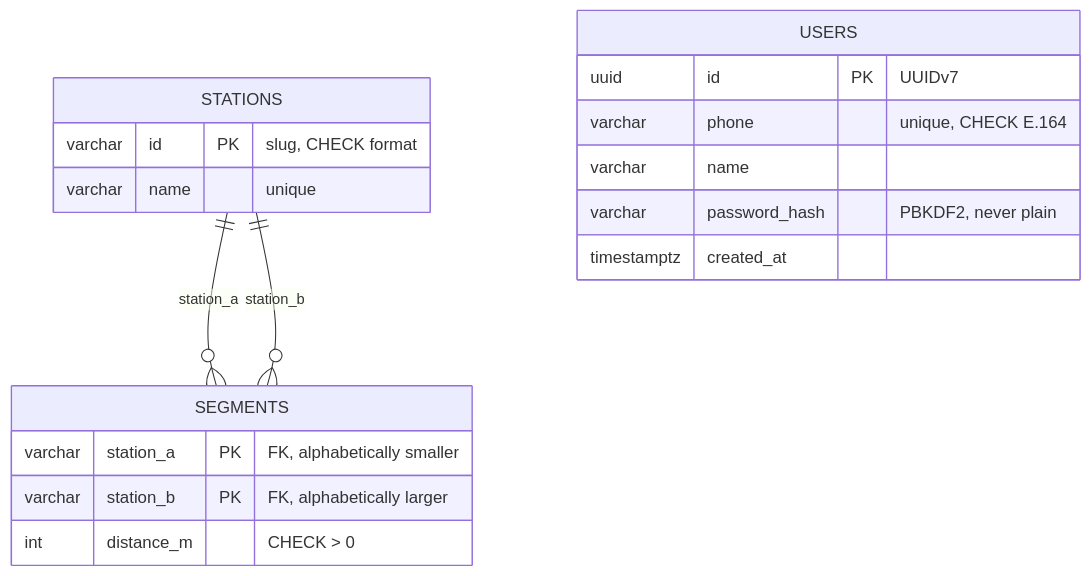
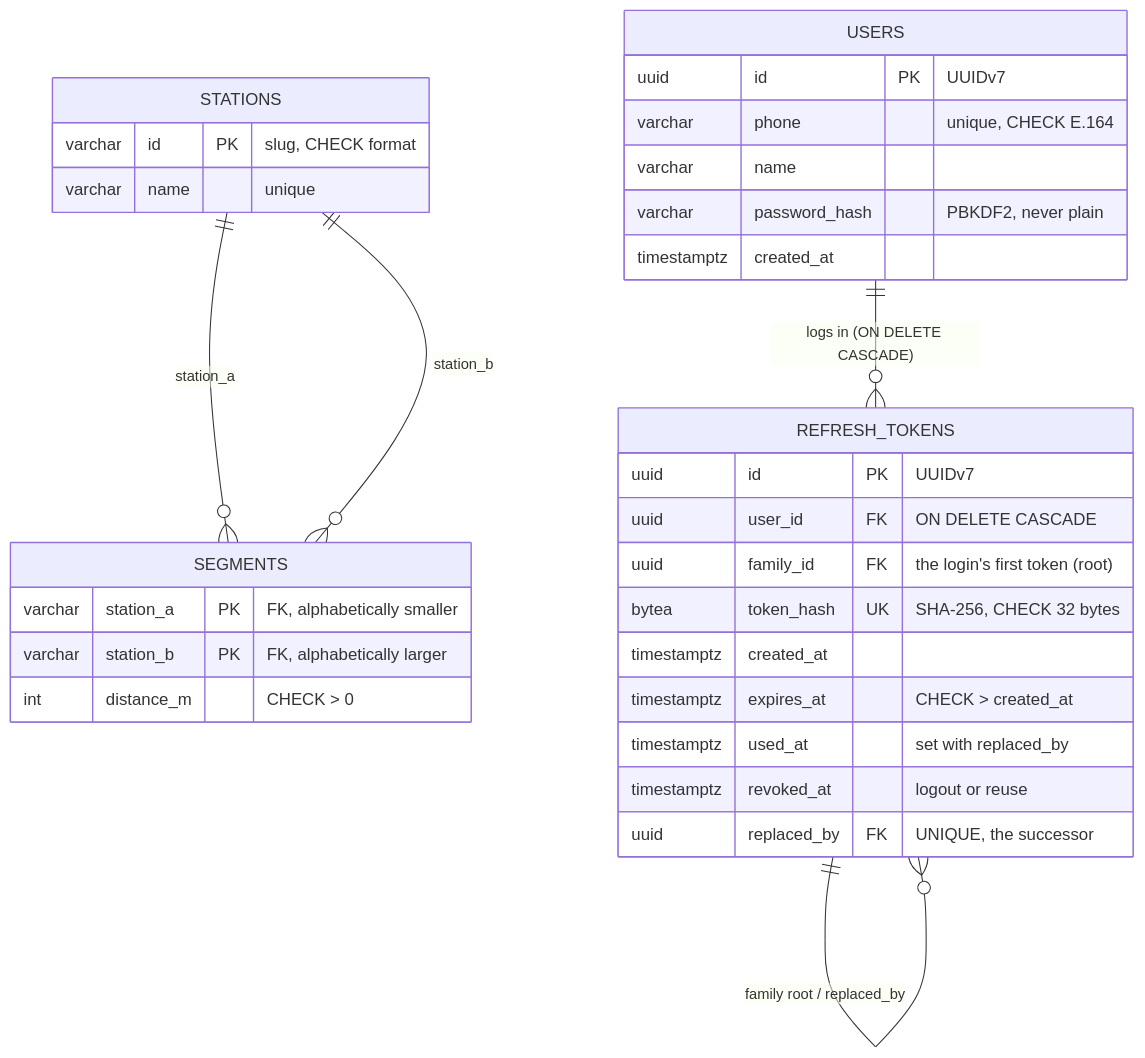
The second of 3 diagrams in README.md (istiak133/transit-pass), drawn with Mermaid before and after one commit. The commit also changed other lines of this file and 13 other files, not shown here.

First line of the commit message:
feat(identity): refresh token rotation with reuse detection and family revoke (#21)

````diff
--- a/README.md
+++ b/README.md
@@ -200,22 +207,35 @@
 ```mermaid
 erDiagram
     STATIONS ||--o{ SEGMENTS : "station_a"
     STATIONS ||--o{ SEGMENTS : "station_b"
+    USERS ||--o{ REFRESH_TOKENS : "logs in (ON DELETE CASCADE)"
+    REFRESH_TOKENS ||--o{ REFRESH_TOKENS : "family root / replaced_by"
 
     USERS {
         uuid id PK "UUIDv7"
         varchar phone "unique, CHECK E.164"
         varchar name
         varchar password_hash "PBKDF2, never plain"
         timestamptz created_at
+    }
+    REFRESH_TOKENS {
+        uuid id PK "UUIDv7"
+        uuid user_id FK "ON DELETE CASCADE"
+        uuid family_id FK "the login's first token (root)"
+        bytea token_hash UK "SHA-256, CHECK 32 bytes"
+        timestamptz created_at
+        timestamptz expires_at "CHECK > created_at"
+        timestamptz used_at "set with replaced_by"
+        timestamptz revoked_at "logout or reuse"
+        uuid replaced_by FK "UNIQUE, the successor"
     }
     STATIONS {
         varchar id PK "slug, CHECK format"
         varchar name "unique"
     }
     SEGMENTS {
         varchar station_a PK "FK, alphabetically smaller"
         varchar station_b PK "FK, alphabetically larger"
         int distance_m "CHECK > 0"
     }
 ```
````
